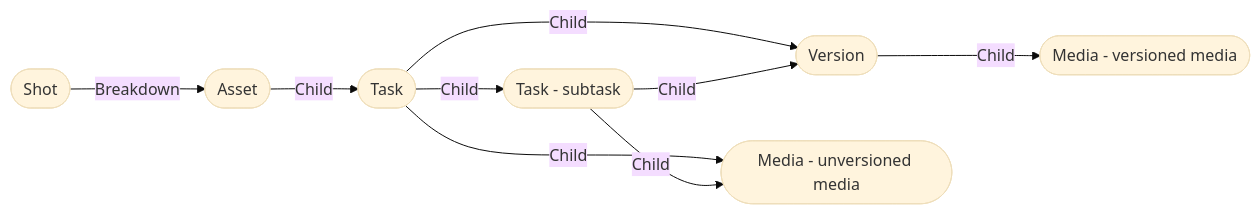
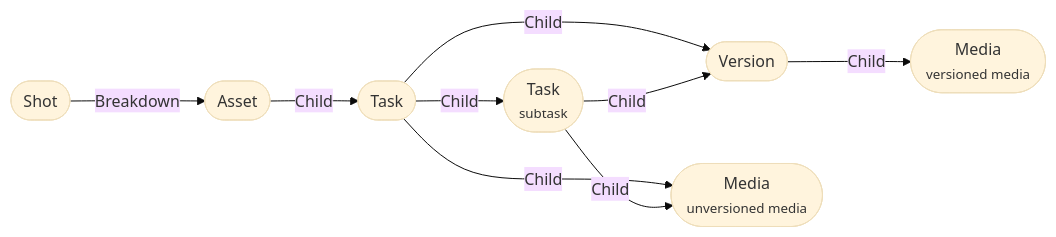
Before and after one commit to fatfish-lab/aquarium-documentation: the diagram in src/web/items/asset.md, drawn with Mermaid (base theme). The commit also changed other lines of this file and 28 other files, not shown here.

````diff
--- a/src/web/items/asset.md
+++ b/src/web/items/asset.md
@@ -20,11 +28,11 @@
 ```mermaid
 graph LR
   Shot([Shot]) -->|Breakdown| Asset
   Asset([Asset]):::asset -->|Child| Task([Task])
   Task -->|Child| Version([Version])
-  Version -->|Child| MediaA([Media - versioned media])
-  Task -->|Child| MediaB([Media - unversioned media])
-  Task -->|Child| Subtask([Task - subtask]):::Task
+  Version -->|Child| MediaA([Media <br/> <small>versioned media</small>])
+  Task -->|Child| MediaB([Media <br /> <small>unversioned media</small>])
+  Task -->|Child| Subtask([Task <br /> <small>subtask</small>]):::Task
   Subtask -->|Child| Version
   Subtask -->|Child| MediaB
 ```
````
